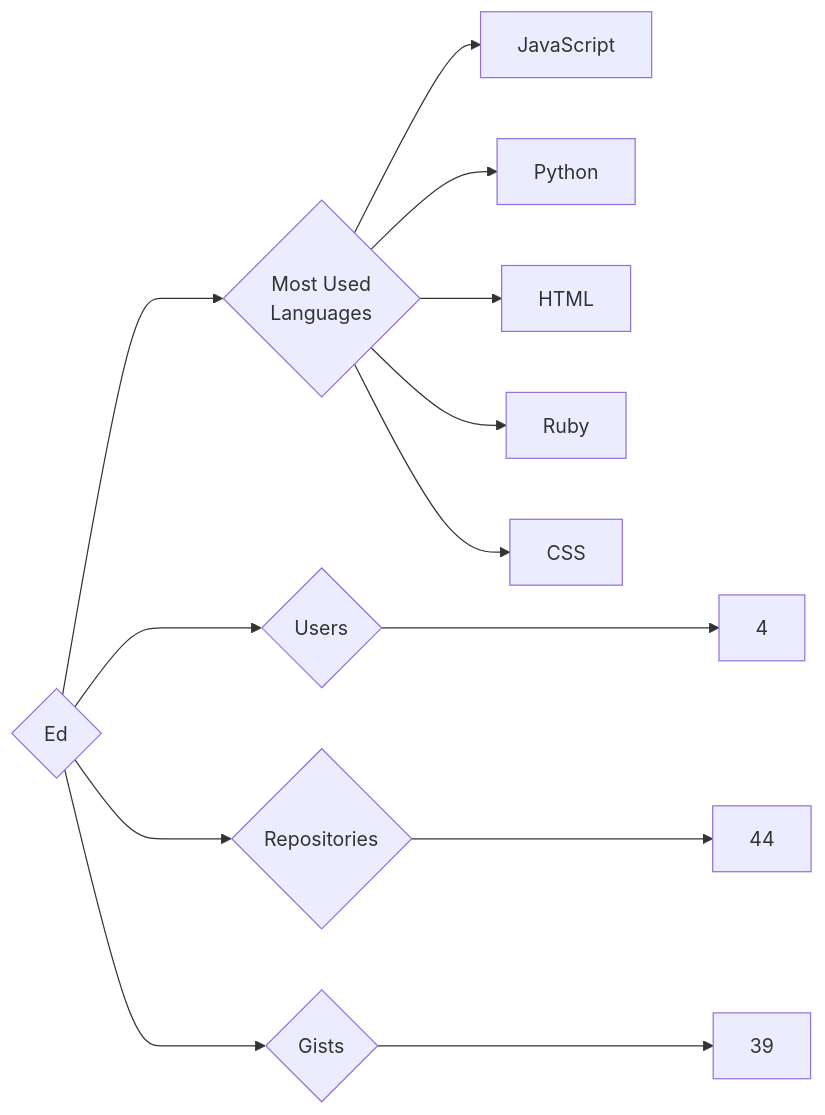
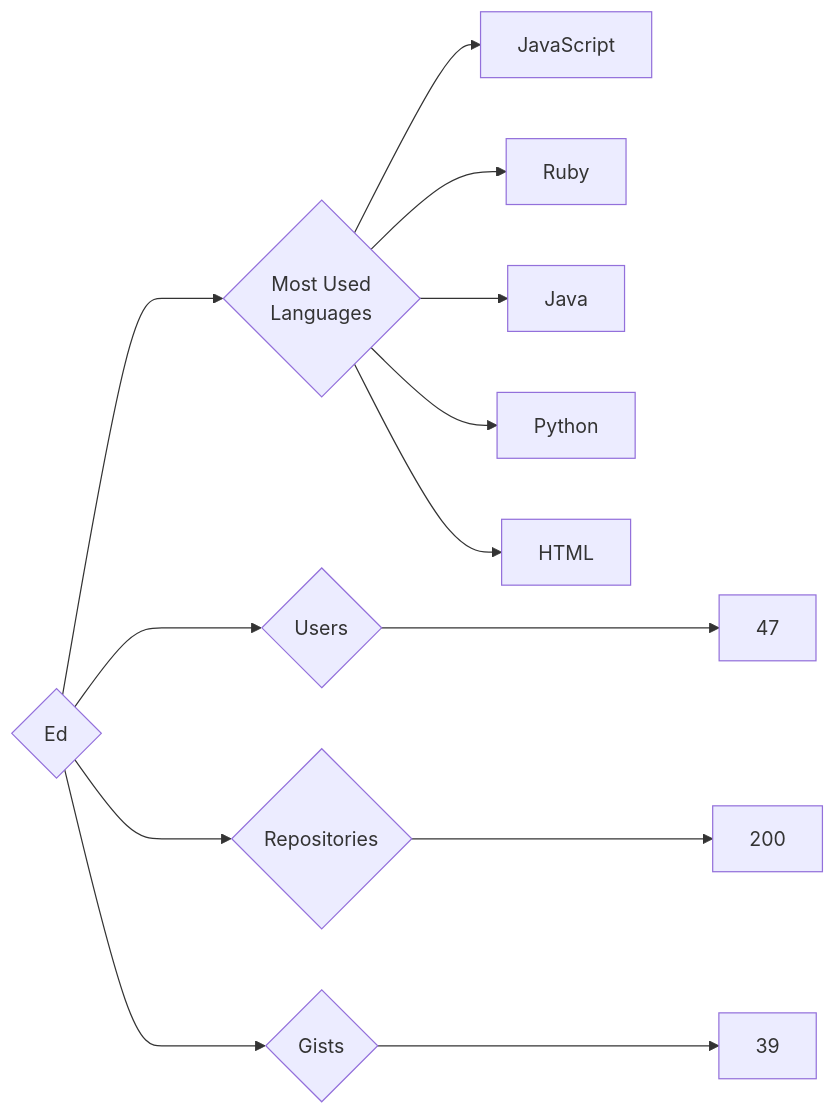
The diagram in targets/Ed/README.md (trickest/insiders), drawn with Mermaid before and after one commit. The commit also changed 874 other files, not shown here.

````diff
--- a/targets/Ed/README.md
+++ b/targets/Ed/README.md
@@ -3,13 +3,13 @@
 ```mermaid
 graph LR
 COMPANY_NAME{Ed}
-COMPANY_NAME ---> U{Users} ---> UN[4]
-COMPANY_NAME ---> R{Repositories} ---> RN[44]
+COMPANY_NAME ---> U{Users} ---> UN[47]
+COMPANY_NAME ---> R{Repositories} ---> RN[200]
 COMPANY_NAME ---> G{Gists} ---> GN[39]
 COMPANY_NAME ---> ML{Most Used<br>Languages}
 ML --> JavaScript[JavaScript]
+ML --> Ruby[Ruby]
+ML --> Java[Java]
 ML --> Python[Python]
 ML --> HTML[HTML]
-ML --> Ruby[Ruby]
-ML --> CSS[CSS]
 ```
````
